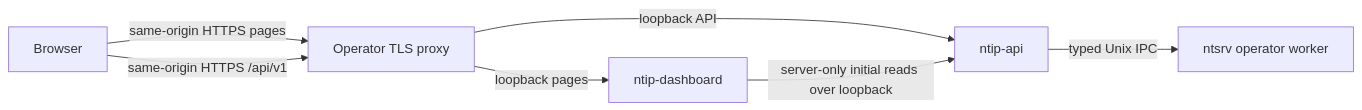
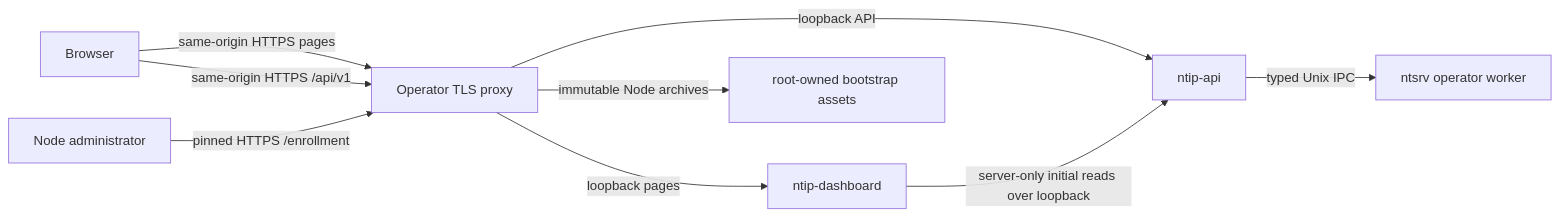
The third of 3 diagrams in docs/architecture.md (nulldoubt/ntip), drawn with Mermaid before and after one commit. The commit also changed other lines of this file and 5 other files, not shown here.

Commit message:
docs: define one-command node bootstrap

````diff
--- a/docs/architecture.md
+++ b/docs/architecture.md
@@ -241,9 +241,11 @@
 ```mermaid
 flowchart LR
     browser["Browser"] -->|"same-origin HTTPS pages"| proxy["Operator TLS proxy"]
     browser -->|"same-origin HTTPS /api/v1"| proxy
+    nodeadmin["Node administrator"] -->|"pinned HTTPS /enrollment"| proxy
     proxy -->|"loopback pages"| dashboard["ntip-dashboard"]
     proxy -->|"loopback API"| api["ntip-api"]
+    proxy -->|"immutable Node archives"| assets["root-owned bootstrap assets"]
     dashboard -->|"server-only initial reads over loopback"| api
     api -->|"typed Unix IPC"| operator["ntsrv operator worker"]
 ```
````
